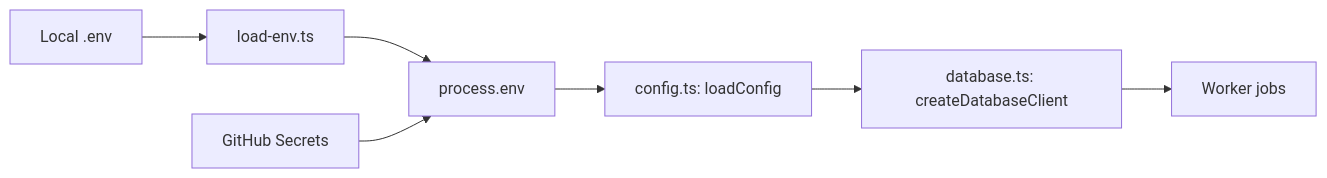
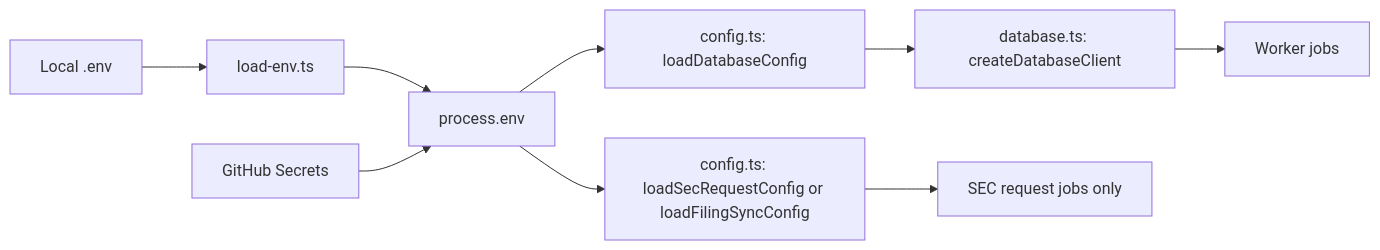
Diagram 11 of 13 in docs/visual-guide.md (thstamod/chiron-core), drawn with Mermaid before and after one commit. The commit also changed other lines of this file and 17 other files, not shown here.

````diff
--- a/docs/visual-guide.md
+++ b/docs/visual-guide.md
@@ -260,9 +293,11 @@
 ```mermaid
 flowchart LR
     LOCAL[Local .env] --> ENV[load-env.ts]
     ENV --> PROCESS[process.env]
     GH[GitHub Secrets] --> PROCESS
-    PROCESS --> CONFIG[config.ts: loadConfig]
-    CONFIG --> CLIENT[database.ts: createDatabaseClient]
+    PROCESS --> DATABASE_CONFIG[config.ts: loadDatabaseConfig]
+    PROCESS --> SEC_CONFIG[config.ts: loadSecRequestConfig or loadFilingSyncConfig]
+    DATABASE_CONFIG --> CLIENT[database.ts: createDatabaseClient]
     CLIENT --> JOBS[Worker jobs]
+    SEC_CONFIG --> SEC_JOBS[SEC request jobs only]
 ```
````
